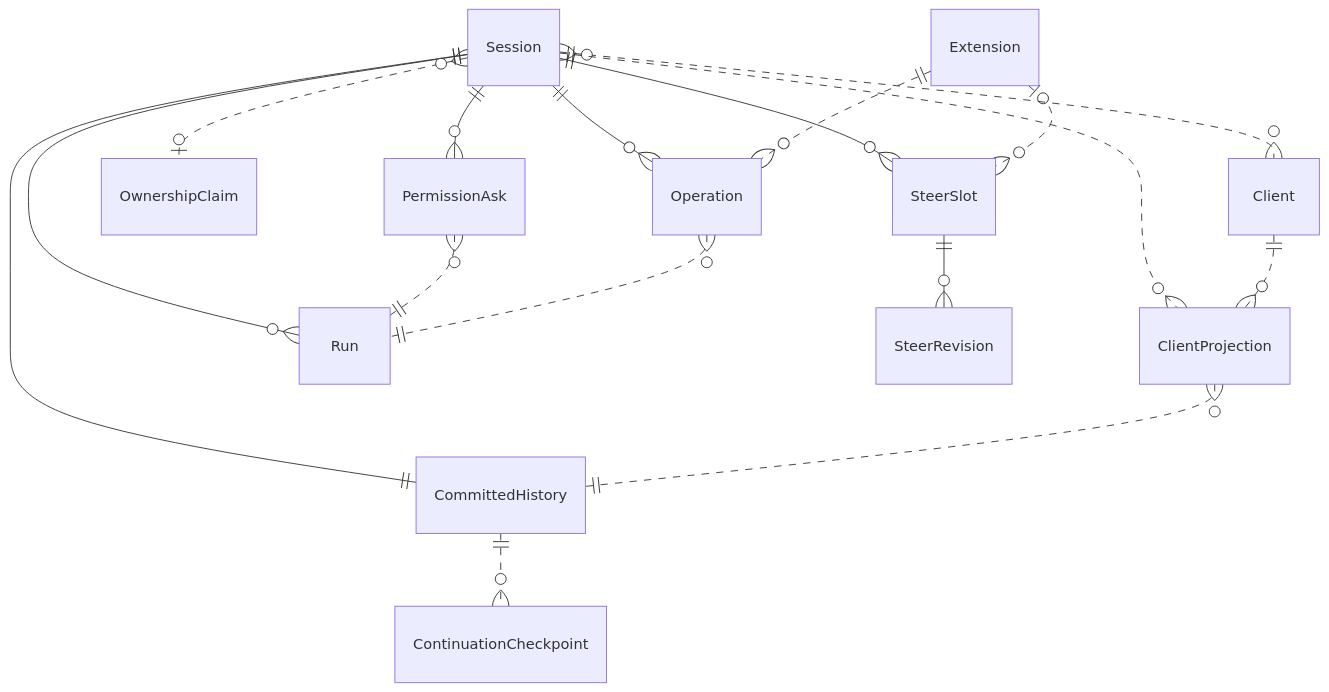
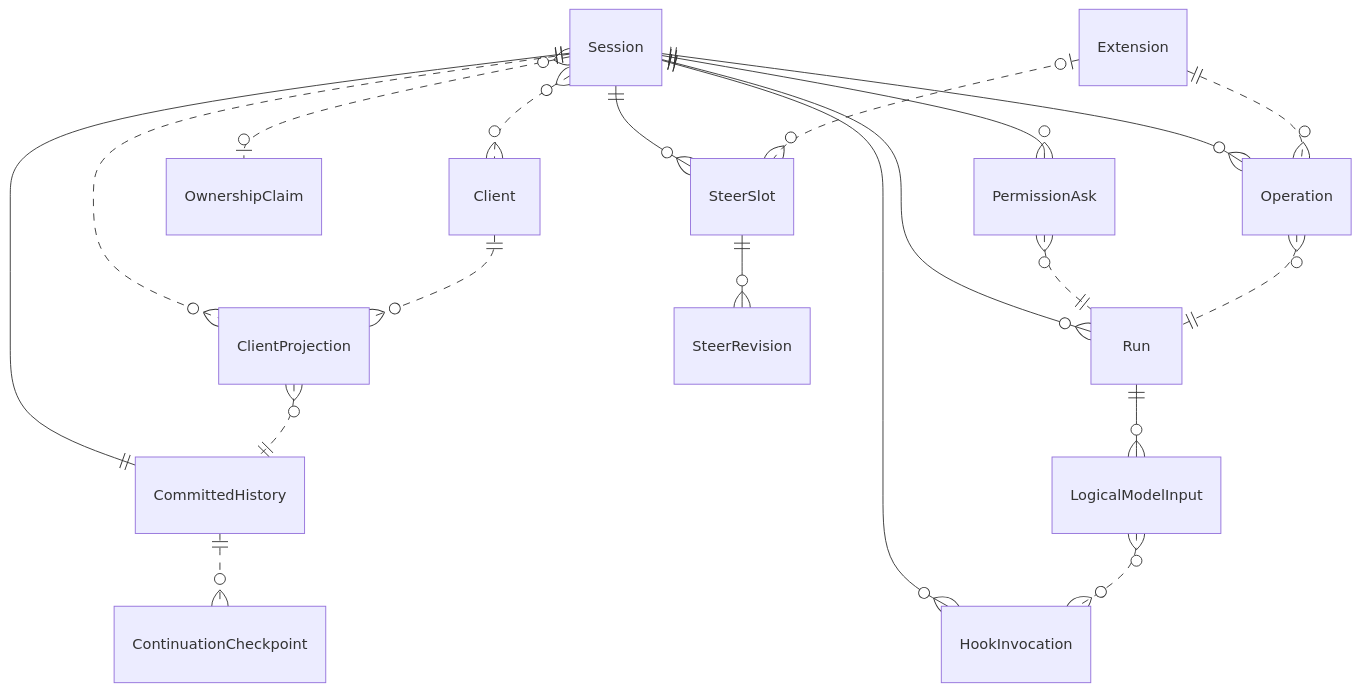
Before and after one commit to stacklok/mecatl: the diagram in docs/drafts/session-commit-history.modelith.md, drawn with Mermaid. The commit also changed other lines of this file and 3 other files, not shown here.

Commit message:
docs(drafts): consolidate session-history narrative and hook contracts

````diff
--- a/docs/drafts/session-commit-history.modelith.md
+++ b/docs/drafts/session-commit-history.modelith.md
@@ -181,31 +212,36 @@
 ```mermaid
 erDiagram
     Client {}
     ClientProjection {}
     CommittedHistory {}
     ContinuationCheckpoint {}
     Extension {}
+    HookInvocation {}
+    LogicalModelInput {}
     Operation {}
     OwnershipClaim {}
     PermissionAsk {}
     Run {}
     Session {}
     SteerRevision {}
     SteerSlot {}
     Client ||..o{ ClientProjection : ""
     ClientProjection }o..|| CommittedHistory : ""
     CommittedHistory ||..o{ ContinuationCheckpoint : ""
     Extension ||..o{ Operation : ""
     Extension |o..o{ SteerSlot : ""
+    LogicalModelInput }o..o{ HookInvocation : ""
     Operation }o..|| Run : ""
     PermissionAsk }o..|| Run : ""
+    Run ||--o{ LogicalModelInput : ""
     Session ||--|| CommittedHistory : ""
     Session ||--o{ Run : ""
     Session ||--o{ SteerSlot : ""
     Session ||--o{ PermissionAsk : ""
     Session ||--o{ Operation : ""
+    Session ||--o{ HookInvocation : ""
     Session }o..o| OwnershipClaim : ""
     Session }o..o{ Client : ""
     Session ||..o{ ClientProjection : ""
     SteerSlot ||--o{ SteerRevision : ""
 ```
````
